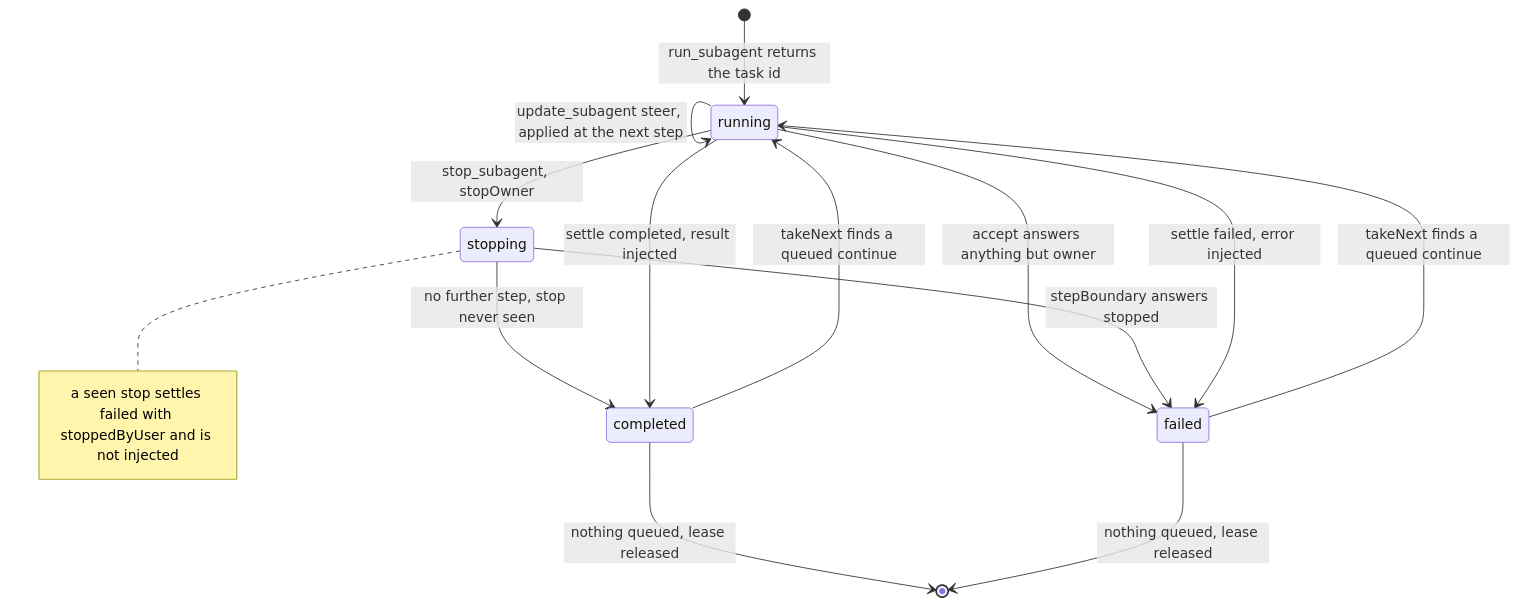
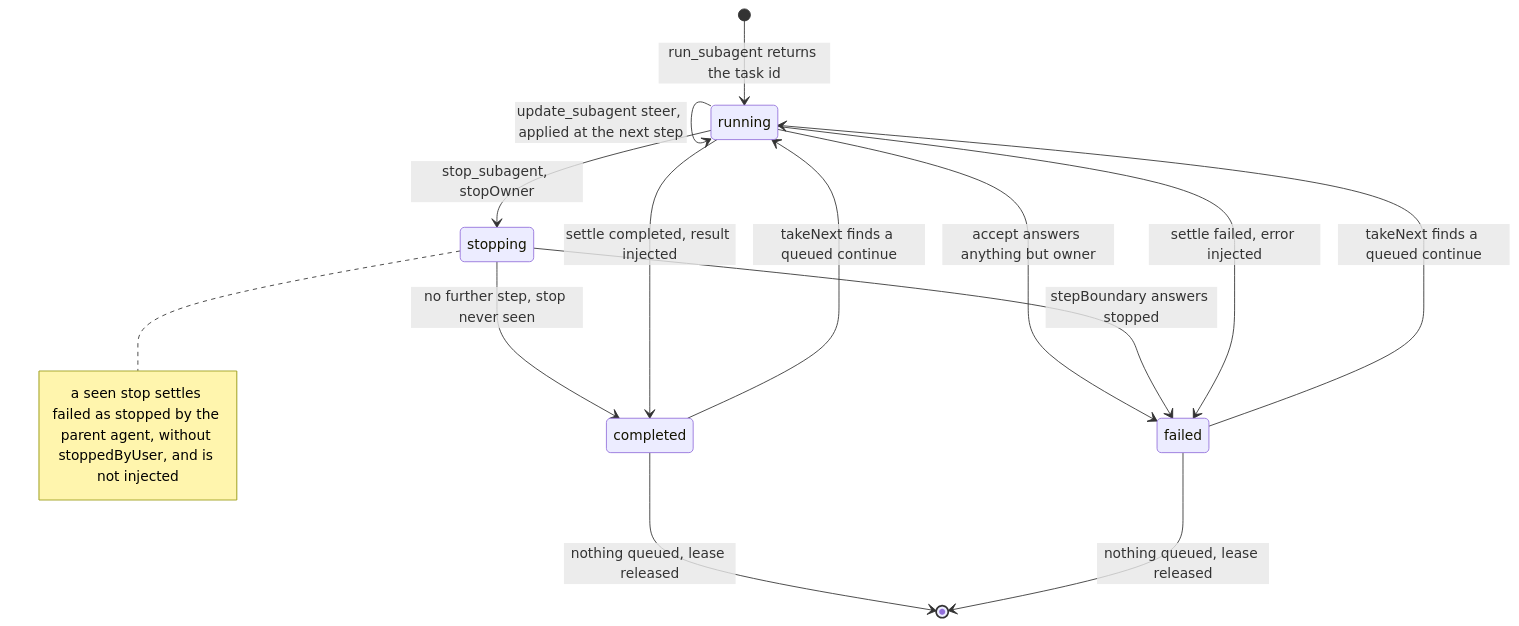
One commit to beeblastco/broods changed the fourth of 7 diagrams in apps/docs/docs/internals/subagents.md. Above: the diagram before and after it, drawn with Mermaid. The commit also changed 12 other files, not shown here.

First line of the commit message:
fix(core): a subagent stopped by its parent says so, and the parent knows no report comes

````diff
--- a/apps/docs/docs/internals/subagents.md
+++ b/apps/docs/docs/internals/subagents.md
@@ -111,16 +111,16 @@
 ```mermaid
 stateDiagram-v2
   [*] --> running: run_subagent returns the task id
   running --> failed: accept answers anything but owner
   running --> running: update_subagent steer, applied at the next step
   running --> stopping: stop_subagent, stopOwner
   stopping --> failed: stepBoundary answers stopped
   stopping --> completed: no further step, stop never seen
   running --> completed: settle completed, result injected
   running --> failed: settle failed, error injected
   completed --> running: takeNext finds a queued continue
   failed --> running: takeNext finds a queued continue
   completed --> [*]: nothing queued, lease released
   failed --> [*]: nothing queued, lease released
-  note right of stopping: a seen stop settles failed with stoppedByUser and is not injected
+  note right of stopping: a seen stop settles failed as stopped by the parent agent, without stoppedByUser, and is not injected
 ```
````
